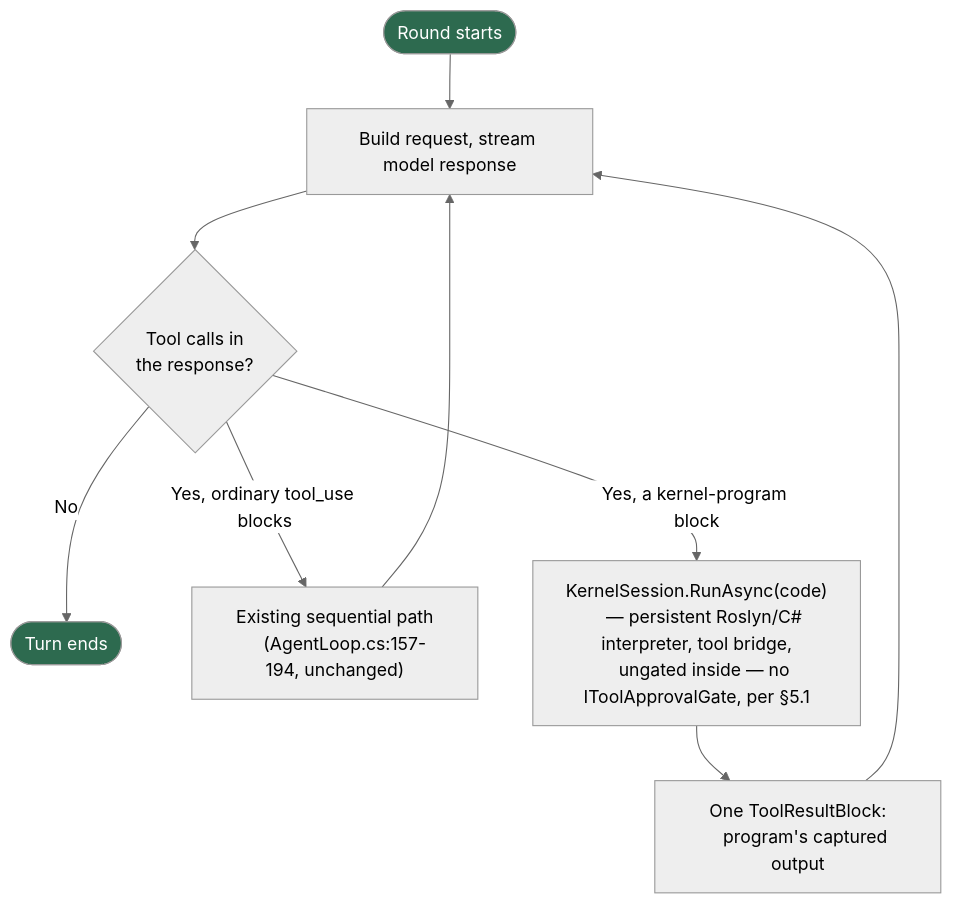
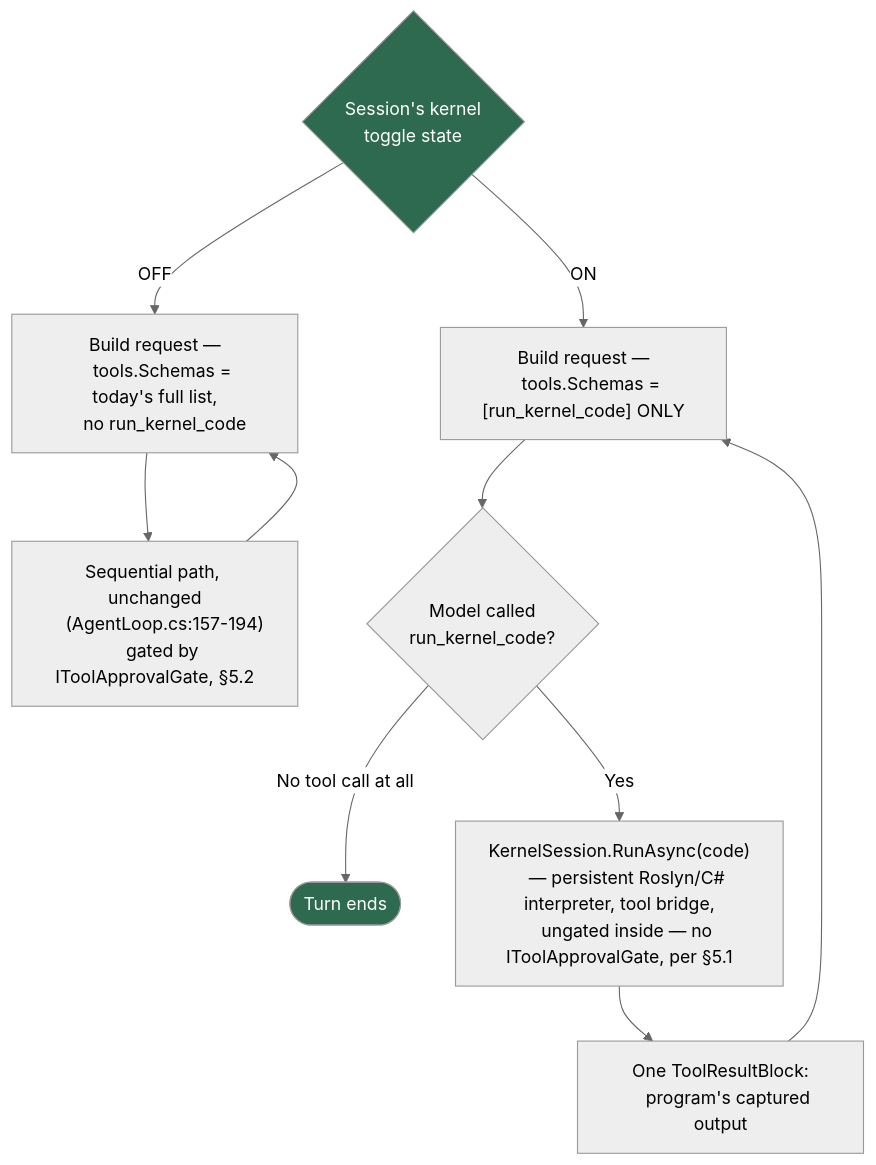
One commit to nitinmms/LitosAiCodingAgent changed the second of 3 diagrams in ReadMe_PTCPersistentKernel.md. Above: the diagram before and after it, drawn with Mermaid (neutral theme). The commit also changed other lines of this file, not shown here.

````diff
--- a/ReadMe_PTCPersistentKernel.md
+++ b/ReadMe_PTCPersistentKernel.md
@@ -526,19 +547,27 @@
 ```mermaid
 flowchart TD
-    START(["Round starts"]) --> REQ["Build request, stream model response"]
-    REQ --> CHECK{"Tool calls in
-    the response?"}
-    CHECK -- "No" --> DONE(["Turn ends"])
-    CHECK -- "Yes, ordinary tool_use blocks" --> SEQ["Existing sequential path
-    (AgentLoop.cs:157-194, unchanged)"]
-    CHECK -- "Yes, a kernel-program block" --> KER["KernelSession.RunAsync(code)
+    TOGGLE{"Session's kernel
+    toggle state"}
+    TOGGLE -- "OFF" --> REQ_OFF["Build request —
+    tools.Schemas = today's full list,
+    no run_kernel_code"]
+    REQ_OFF --> SEQ["Sequential path, unchanged
+    (AgentLoop.cs:157-194)
+    gated by IToolApprovalGate, §5.2"]
+    SEQ --> REQ_OFF
+
+    TOGGLE -- "ON" --> REQ_ON["Build request —
+    tools.Schemas = [run_kernel_code] ONLY"]
+    REQ_ON --> CHECK{"Model called
+    run_kernel_code?"}
+    CHECK -- "No tool call at all" --> DONE(["Turn ends"])
+    CHECK -- "Yes" --> KER["KernelSession.RunAsync(code)
     — persistent Roslyn/C# interpreter, tool bridge,
     ungated inside — no IToolApprovalGate, per §5.1"]
-    SEQ --> REQ
     KER --> DONE2["One ToolResultBlock:
     program's captured output"]
-    DONE2 --> REQ
+    DONE2 --> REQ_ON
 
-    style START fill:#2d6a4f,color:#fff
+    style TOGGLE fill:#2d6a4f,color:#fff
     style DONE fill:#2d6a4f,color:#fff
 ```
````
